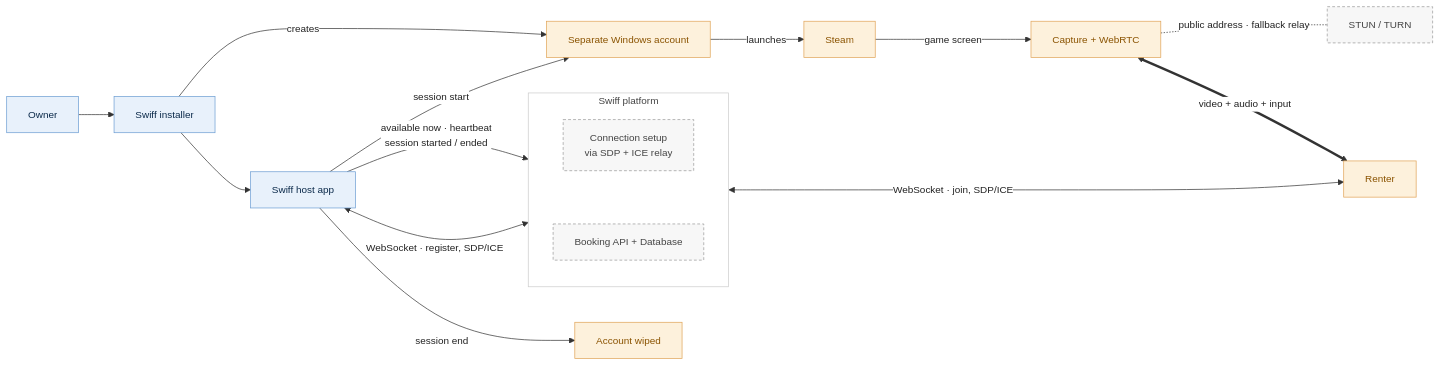
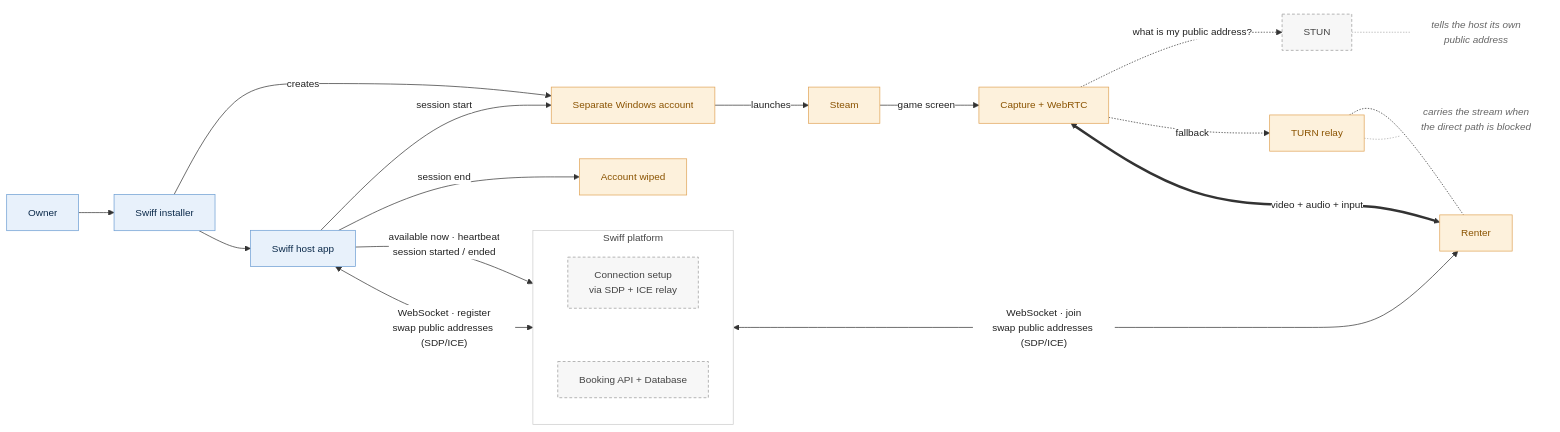
One commit to tomnotthomas/distributed_gaming changed the diagram in docs/diagrams/host-isolation.mmd. Above: the diagram before and after it, drawn with Mermaid. The commit also changed 1 other file, not shown here.

Commit message:
docs(diagrams): split STUN and TURN on the host diagram, show where addresses are swapped

```diff
--- a/docs/diagrams/host-isolation.mmd
+++ b/docs/diagrams/host-isolation.mmd
@@ -1,55 +1,67 @@
 ---
 config:
   theme: base
   flowchart:
     curve: basis
     htmlLabels: true
   themeVariables:
     fontFamily: "Helvetica Neue, Helvetica, Arial, sans-serif"
     fontSize: 14px
     edgeLabelBackground: "#ffffff"
     lineColor: "#333333"
     primaryTextColor: "#222222"
   themeCSS: >-
     .edgeLabel, .edgeLabel p, .edgeLabel span, .labelBkg { background: #fff !important; background-color: #fff !important; }
     .edgeLabel p, .edgeLabel span { color: #555; font-size: 13px; }
     .edgeLabel rect { fill: #fff !important; opacity: 1 !important; }
     svg, text, span, p, div { font-family: "Helvetica Neue", Helvetica, Arial, sans-serif !important; }
 ---
 flowchart LR
   Owner["Owner"]
   Installer["Swiff installer"]
   HostApp["Swiff host app"]
   Account["Separate Windows account"]
   Steam["Steam"]
   Capture["Capture + WebRTC"]
   Wiped["Account wiped"]
   subgraph Platform["Swiff platform"]
     direction TB
     SIG["Connection setup<br/>via SDP + ICE relay"]
     API["Booking API + Database"]
     SIG ~~~ API
   end
-  ICE["STUN / TURN"]
+  STUN["STUN"]
+  TURN["TURN relay"]
+  STUNnote["tells the host its own<br/>public address"]
+  TURNnote["carries the stream when<br/>the direct path is blocked"]
   Renter["Renter"]
 
   Owner --> Installer
   Installer -- "creates" --> Account
   Installer --> HostApp
   HostApp -- "session start" --> Account
   HostApp -- "session end" --> Wiped
   Account -- "launches" --> Steam
   Steam -- "game screen" --> Capture
   HostApp -- "available now · heartbeat<br/>session started / ended" --> API
-  HostApp <-- "WebSocket · register, SDP/ICE" --> SIG
-  SIG <-- "WebSocket · join, SDP/ICE" --> Renter
-  Capture -. "public address · fallback relay" .- ICE
+  HostApp <-- "WebSocket · register<br/>swap public addresses (SDP/ICE)" --> SIG
+  SIG <-- "WebSocket · join<br/>swap public addresses (SDP/ICE)" --> Renter
+  Capture -. "what is my public address?" .-> STUN
+  Capture -. "fallback" .-> TURN
+  TURN -.- Renter
+  STUN -.- STUNnote
+  TURN -.- TURNnote
   Capture <== "video + audio + input" ==> Renter
 
   classDef owner fill:#e8f1fb,stroke:#6d9ed3,color:#0b2a4a
   classDef session fill:#fdf1dc,stroke:#e0a458,color:#8a5300
   classDef platform fill:#f7f7f7,stroke:#999,stroke-dasharray:4 3,color:#444
   class Owner,Installer,HostApp owner
   class Account,Steam,Capture,Wiped,Renter session
-  class API,SIG,ICE platform
+  class API,SIG,STUN platform
+  classDef turn fill:#fdf1dc,stroke:#e0a458,color:#8a5300
+  classDef note fill:none,stroke:none,color:#666,font-style:italic
+  class TURN turn
+  class STUNnote,TURNnote note
   style Platform fill:#ffffff,stroke:#ccc,color:#444
+  linkStyle 14,15 stroke:#aaa,stroke-width:1px
```
